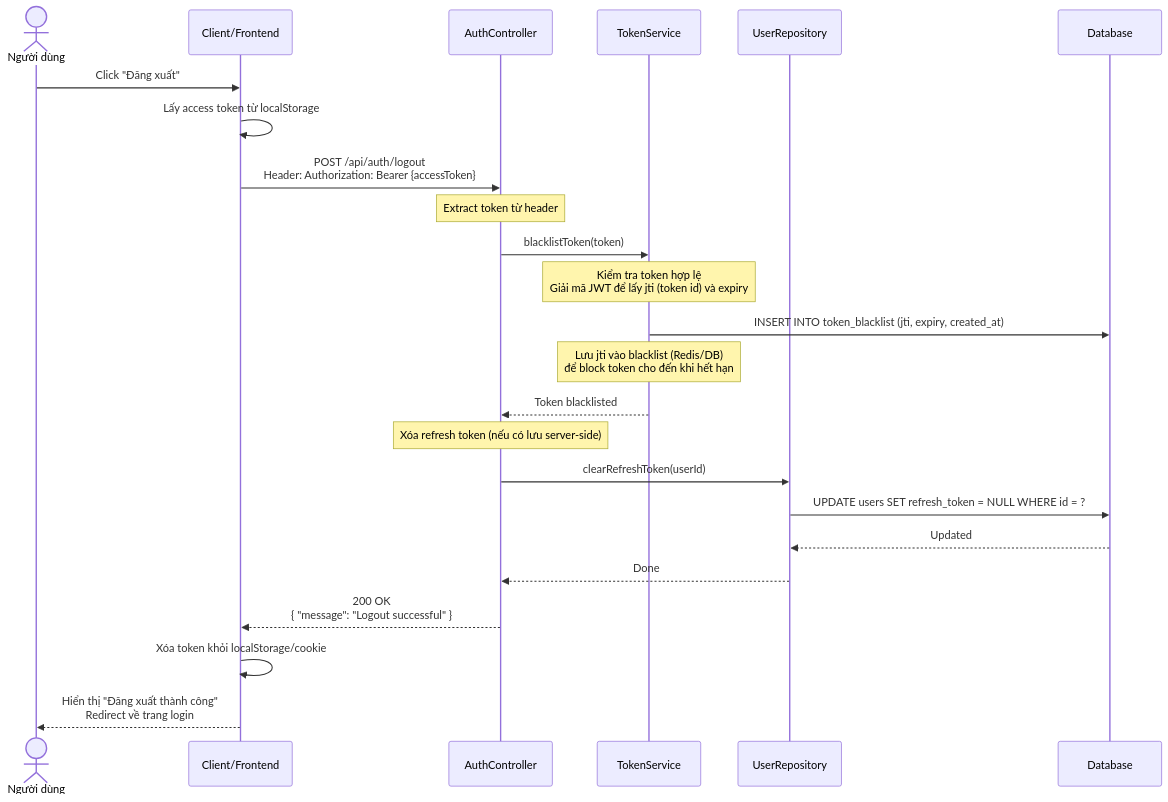
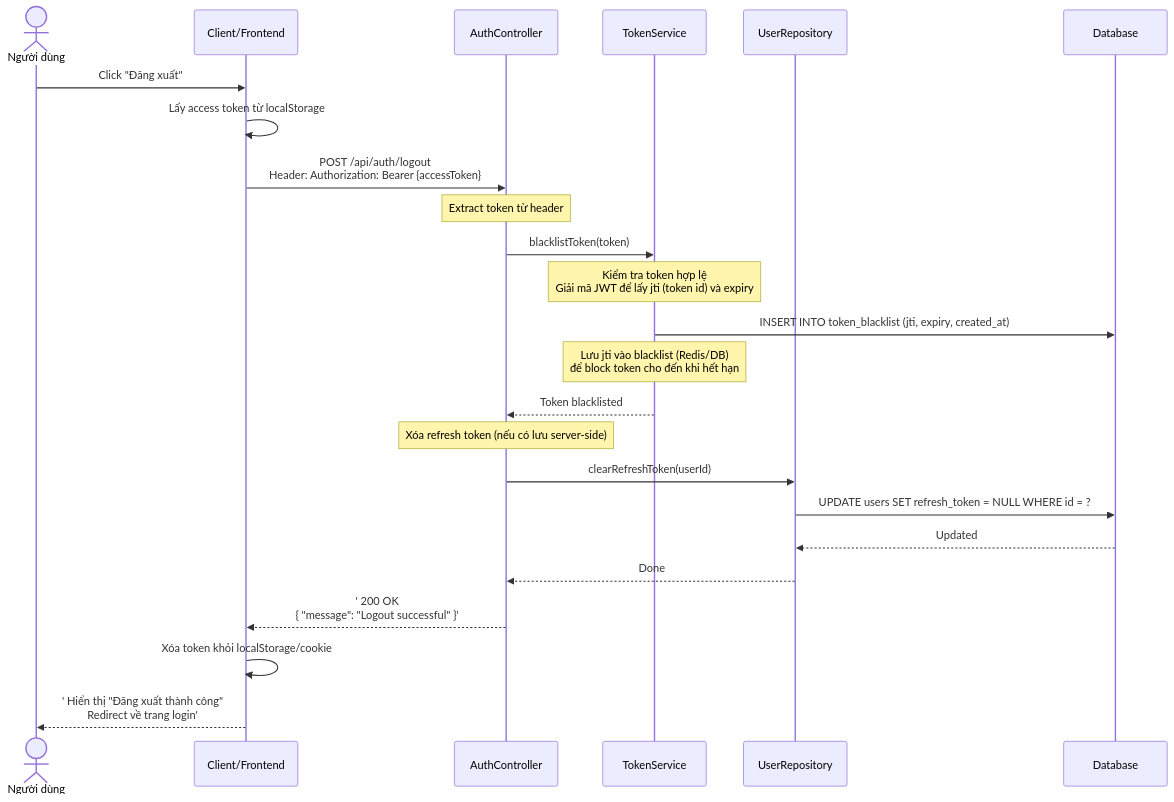
One commit to mchien04/CampusLife changed the second of 7 diagrams in docs/sequence-diagramV2/sequence-diagram-auth.md. Above: the diagram before and after it, drawn with Mermaid. The commit also changed other lines of this file and 18 other files, not shown here.

First line of the commit message:
fix(sequence-diagramV2): fix Mermaid parse errors

````diff
--- a/docs/sequence-diagramV2/sequence-diagram-auth.md
+++ b/docs/sequence-diagramV2/sequence-diagram-auth.md
@@ -44,30 +44,30 @@
 ```mermaid
 sequenceDiagram
     actor User as Người dùng
     participant Client as Client/Frontend
     participant AuthController as AuthController
     participant TokenService as TokenService
     participant UserRepository as UserRepository
     participant Database as Database
 
     User->>Client: Click "Đăng xuất"
     Client->>Client: Lấy access token từ localStorage
     Client->>AuthController: POST /api/auth/logout<br/>Header: Authorization: Bearer {accessToken}
     Note over AuthController: Extract token từ header
     AuthController->>TokenService: blacklistToken(token)
     
     Note over TokenService: Kiểm tra token hợp lệ<br/>Giải mã JWT để lấy jti (token id) và expiry
     TokenService->>Database: INSERT INTO token_blacklist (jti, expiry, created_at)
     Note over TokenService: Lưu jti vào blacklist (Redis/DB)<br/>để block token cho đến khi hết hạn
     TokenService-->>AuthController: Token blacklisted
     
     Note over AuthController: Xóa refresh token (nếu có lưu server-side)
     AuthController->>UserRepository: clearRefreshToken(userId)
     UserRepository->>Database: UPDATE users SET refresh_token = NULL WHERE id = ?
     Database-->>UserRepository: Updated
     UserRepository-->>AuthController: Done
     
-    AuthController-->>Client: 200 OK<br/>{ "message": "Logout successful" }
+    AuthController-->>Client:' 200 OK<br/>{ "message": "Logout successful" }'
     Client->>Client: Xóa token khỏi localStorage/cookie
-    Client-->>User: Hiển thị "Đăng xuất thành công"<br/>Redirect về trang login
+    Client-->>User:' Hiển thị "Đăng xuất thành công"<br/>Redirect về trang login'
 ```
````
